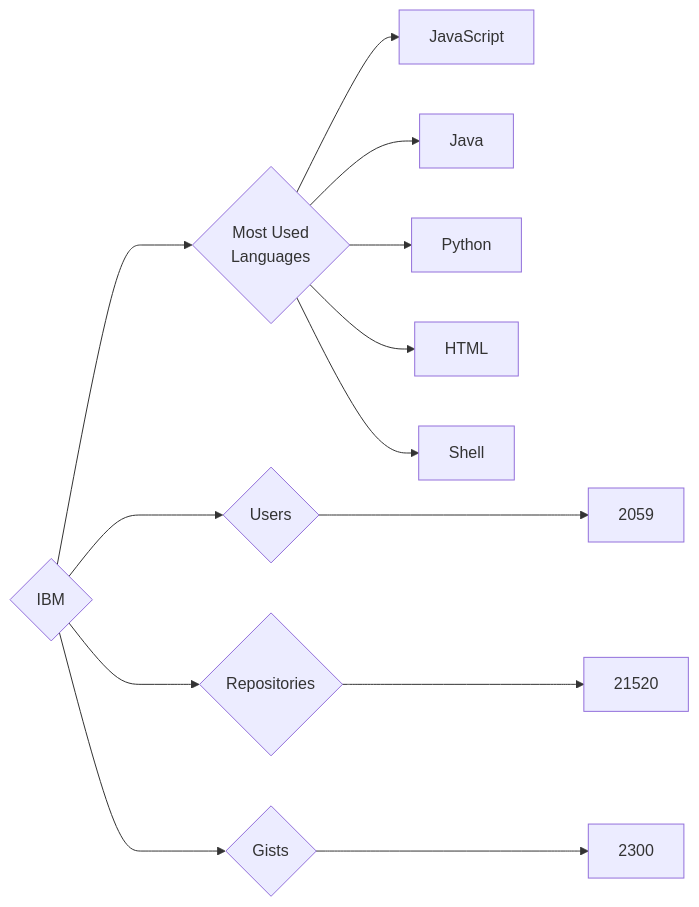
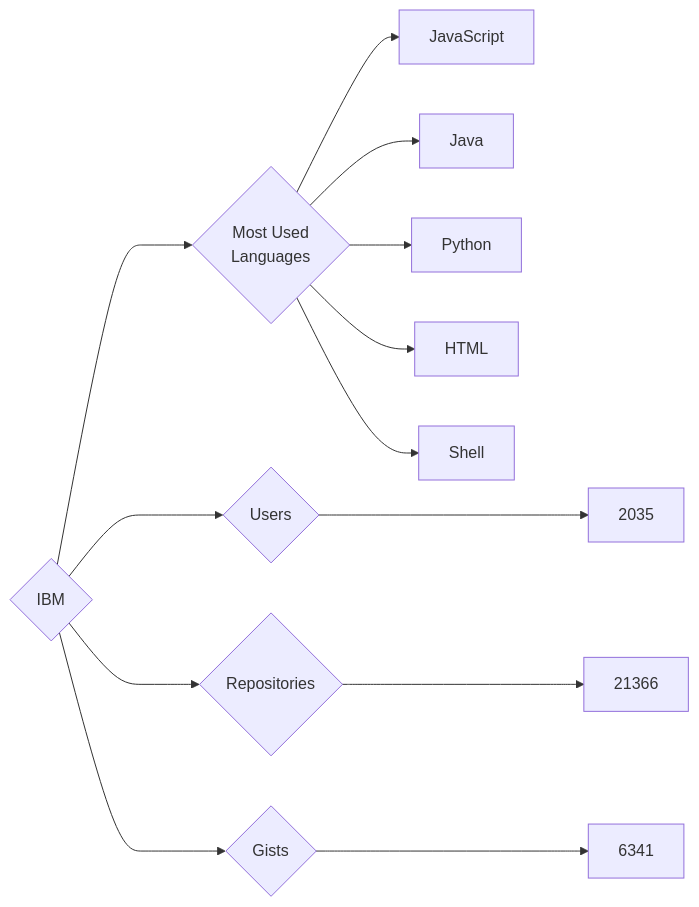
Before and after one commit to trickest/insiders: the diagram in targets/IBM/README.md, drawn with Mermaid. The commit also changed 872 other files, not shown here.

````diff
--- a/targets/IBM/README.md
+++ b/targets/IBM/README.md
@@ -3,13 +3,13 @@
 ```mermaid
 graph LR
 COMPANY_NAME{IBM}
-COMPANY_NAME ---> U{Users} ---> UN[2059]
-COMPANY_NAME ---> R{Repositories} ---> RN[21520]
-COMPANY_NAME ---> G{Gists} ---> GN[2300]
+COMPANY_NAME ---> U{Users} ---> UN[2035]
+COMPANY_NAME ---> R{Repositories} ---> RN[21366]
+COMPANY_NAME ---> G{Gists} ---> GN[6341]
 COMPANY_NAME ---> ML{Most Used<br>Languages}
 ML --> JavaScript[JavaScript]
 ML --> Java[Java]
 ML --> Python[Python]
 ML --> HTML[HTML]
 ML --> Shell[Shell]
 ```
````
